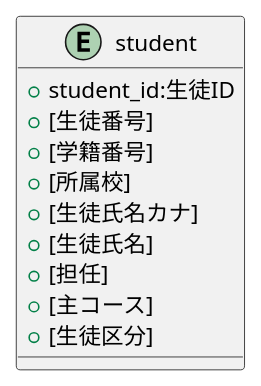
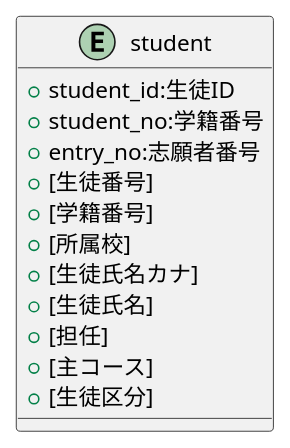
Before and after one commit to popoposorara/ERP_ER: the diagram in Entity/student.pu, drawn with PlantUML. The commit also changed 7 other files, not shown here.

```diff
--- a/Entity/student.pu
+++ b/Entity/student.pu
@@ -1,15 +1,17 @@
 @startuml
 
 entity "student"{
     + student_id:生徒ID
+    + student_no:学籍番号
+    + entry_no:志願者番号
     + [生徒番号]
     + [学籍番号]
     + [所属校]
     + [生徒氏名カナ]
     + [生徒氏名]
     + [担任]
     + [主コース]
     + [生徒区分] 
 }
 
 @enduml
```
